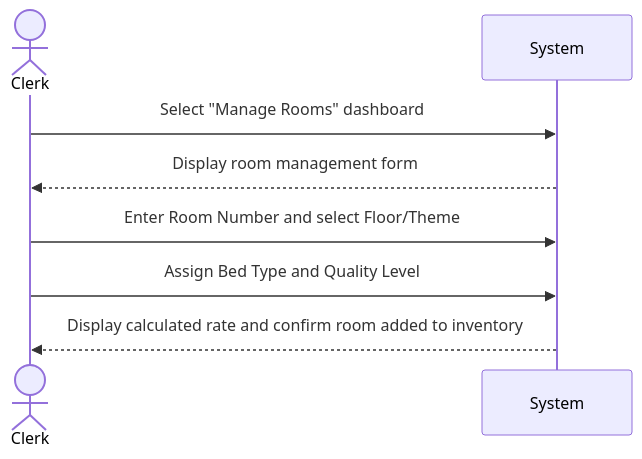
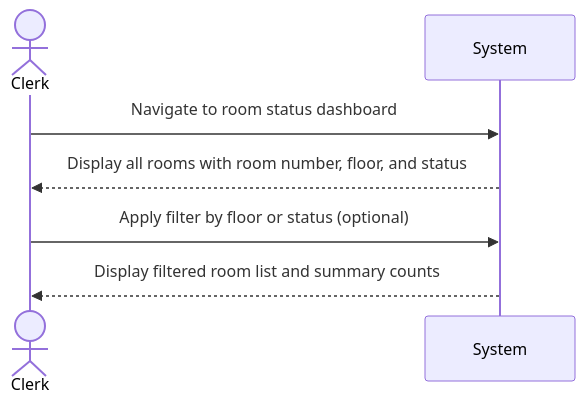
Before and after one commit to JaceYar/Software1-Proj: the diagram in Documentation/User-Cases/RoomInventoryThemeManagement.md, drawn with Mermaid. The commit also changed other lines of this file and 2 other files, not shown here.

````diff
--- a/Documentation/User-Cases/RoomInventoryThemeManagement.md
+++ b/Documentation/User-Cases/RoomInventoryThemeManagement.md
@@ -11,11 +11,10 @@
 ```mermaid
 sequenceDiagram
     actor Clerk
     participant System
 
-    Clerk->>System: Select "Manage Rooms" dashboard
-    System-->>Clerk: Display room management form
-    Clerk->>System: Enter Room Number and select Floor/Theme
-    Clerk->>System: Assign Bed Type and Quality Level
-    System-->>Clerk: Display calculated rate and confirm room added to inventory
+    Clerk->>System: Navigate to room status dashboard
+    System-->>Clerk: Display all rooms with room number, floor, and status
+    Clerk->>System: Apply filter by floor or status (optional)
+    System-->>Clerk: Display filtered room list and summary counts
 ```
````
